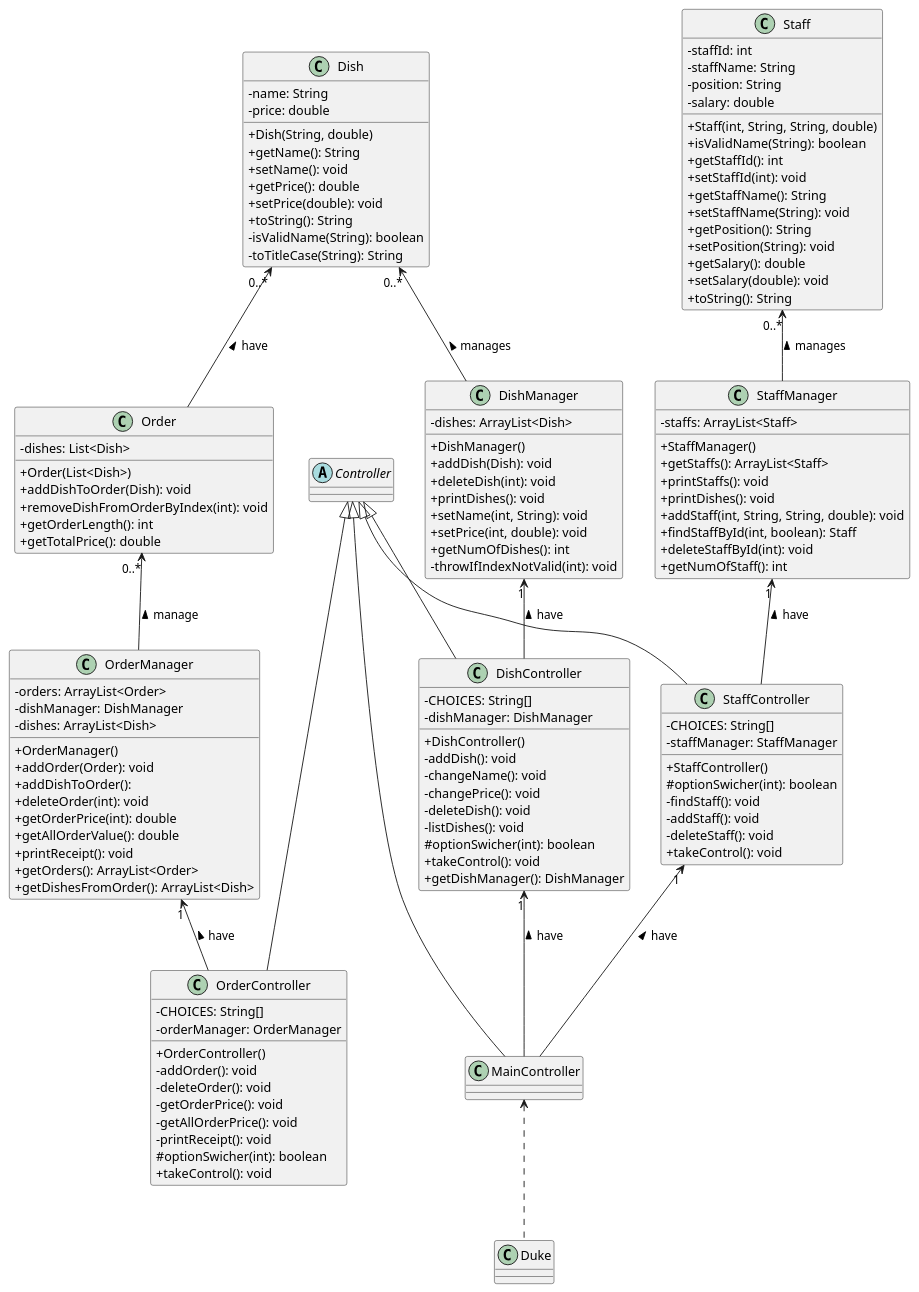
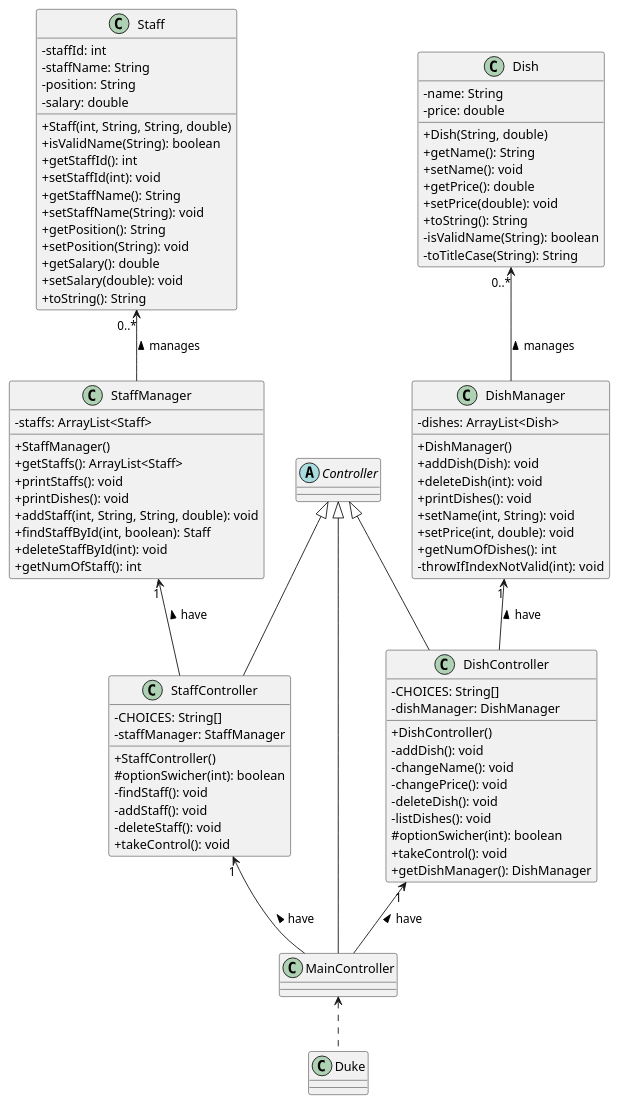
One commit to nus-cs2113-AY2122S2/tp changed the diagram in docs/UML.puml. Above: the diagram before and after it, drawn with PlantUML.

Commit message:
try to remove conflict

```diff
--- a/docs/UML.puml
+++ b/docs/UML.puml
@@ -1,164 +1,116 @@
 @startuml
 'https://plantuml.com/class-diagram
 skinparam classAttributeIconSize 0
 
 class Duke {
 
 }
 
 class MainController {
 
 }
 MainController <.. Duke
 Controller <|-- MainController
 DishController "1" <-- MainController: have <
 
 abstract class Controller {
 
 }
 
 
 class Dish {
     -name: String
     -price: double
     +Dish(String, double)
     +getName(): String
     +setName(): void
     +getPrice(): double
     +setPrice(double): void
     +toString(): String
     -isValidName(String): boolean
     -toTitleCase(String): String
 }
 
 class DishManager {
     -dishes: ArrayList<Dish>
     +DishManager()
     +addDish(Dish): void
     +deleteDish(int): void
     +printDishes(): void
     +setName(int, String): void
     +setPrice(int, double): void
     +getNumOfDishes(): int
     -throwIfIndexNotValid(int): void
 }
 Controller <|-- DishController
 
 
 class DishController {
     -CHOICES: String[]
     -dishManager: DishManager
     +DishController()
     -addDish(): void
     -changeName(): void
     -changePrice(): void
     -deleteDish(): void
     -listDishes(): void
     #optionSwicher(int): boolean
     +takeControl(): void
     +getDishManager(): DishManager
 }
 
 
 Dish "0..*" <-- DishManager: manages <
 
 DishManager "1" <-- DishController: have <
 
 class Staff {
     -staffId: int
     -staffName: String
     -position: String
     -salary: double
     +Staff(int, String, String, double)
     +isValidName(String): boolean
     +getStaffId(): int
     +setStaffId(int): void
     +getStaffName(): String
     +setStaffName(String): void
     +getPosition(): String
     +setPosition(String): void
     +getSalary(): double
     +setSalary(double): void
     +toString(): String
 }
 
 class StaffManager {
     -staffs: ArrayList<Staff>
     +StaffManager()
     +getStaffs(): ArrayList<Staff>
     +printStaffs(): void
     +printDishes(): void
     +addStaff(int, String, String, double): void
     +findStaffById(int, boolean): Staff
     +deleteStaffById(int): void
     +getNumOfStaff(): int
 }
 
 class StaffController {
     -CHOICES: String[]
     -staffManager: StaffManager
     +StaffController()
     #optionSwicher(int): boolean
     -findStaff(): void
     -addStaff(): void
     -deleteStaff(): void
     +takeControl(): void
 }
 
 Controller <|-- StaffController
 
 StaffController "1" <-- MainController: have <
 
 Staff "0..*" <-- StaffManager: manages <
 
 StaffManager "1" <-- StaffController: have <
 
-class Order {
-    -dishes: List<Dish>
-    +Order(List<Dish>)
-    +addDishToOrder(Dish): void
-    +removeDishFromOrderByIndex(int): void
-    +getOrderLength(): int
-    +getTotalPrice(): double
-}
-
-class OrderManager {
-    -orders: ArrayList<Order>
-    -dishManager: DishManager
-    -dishes: ArrayList<Dish>
-    +OrderManager()
-    +addOrder(Order): void
-    +addDishToOrder():
-    +deleteOrder(int): void
-    +getOrderPrice(int): double
-    +getAllOrderValue(): double
-    +printReceipt(): void
-    +getOrders(): ArrayList<Order>
-    +getDishesFromOrder(): ArrayList<Dish>
-
-}
-Controller <|-- OrderController
-
-
-class OrderController {
-    -CHOICES: String[]
-    -orderManager: OrderManager
-    +OrderController()
-    -addOrder(): void
-    -deleteOrder(): void
-    -getOrderPrice(): void
-    -getAllOrderPrice(): void
-    -printReceipt(): void
-    #optionSwicher(int): boolean
-    +takeControl(): void
-}
-
-
-Order "0..*" <-- OrderManager: manage <
-
-OrderManager "1" <-- OrderController: have <
-
-Dish "0..*" <-- Order: have <
-
-
 @enduml
```
